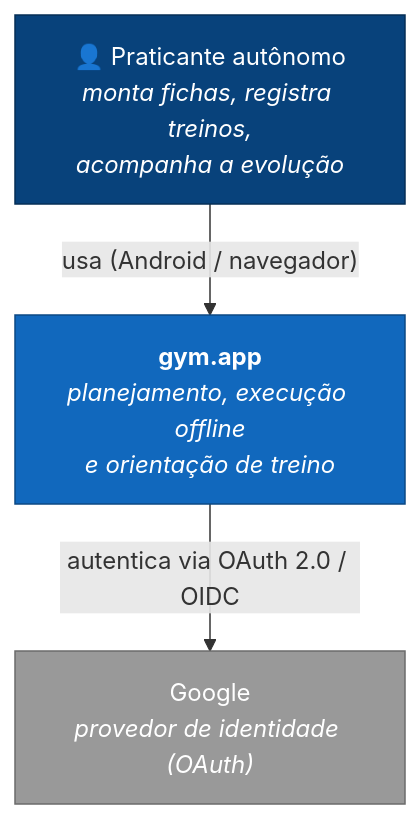
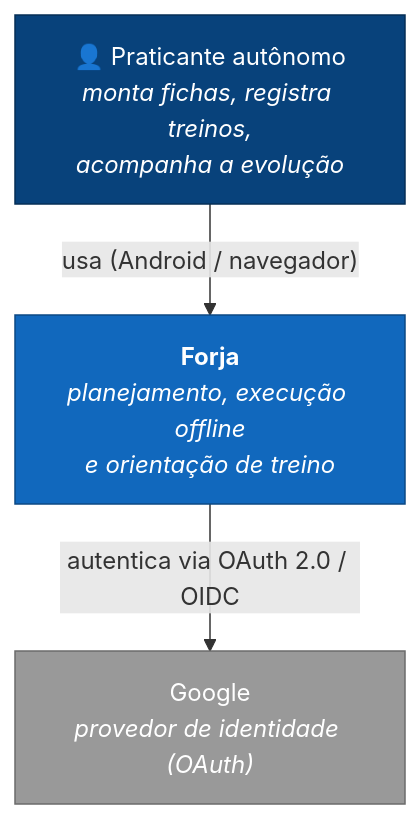
The first of 2 diagrams in docs/architecture/02-visao-arquitetural.md (williambentodev-hash/gym-app), drawn with Mermaid before and after one commit. The commit also changed 22 other files, not shown here.

````diff
--- a/docs/architecture/02-visao-arquitetural.md
+++ b/docs/architecture/02-visao-arquitetural.md
@@ -20,16 +20,16 @@
 ```mermaid
 flowchart TB
     U["👤 Praticante autônomo<br/><i>monta fichas, registra treinos,<br/>acompanha a evolução</i>"]
-    S["<b>gym.app</b><br/><i>planejamento, execução offline<br/>e orientação de treino</i>"]
+    S["<b>Forja</b><br/><i>planejamento, execução offline<br/>e orientação de treino</i>"]
     G["Google<br/><i>provedor de identidade (OAuth)</i>"]
 
     U -- "usa (Android / navegador)" --> S
     S -- "autentica via OAuth 2.0 / OIDC" --> G
 
     classDef person fill:#08427b,color:#fff,stroke:#052e56
     classDef system fill:#1168bd,color:#fff,stroke:#0b4884
     classDef external fill:#999,color:#fff,stroke:#6b6b6b
     class U person
     class S system
     class G external
 ```
````
